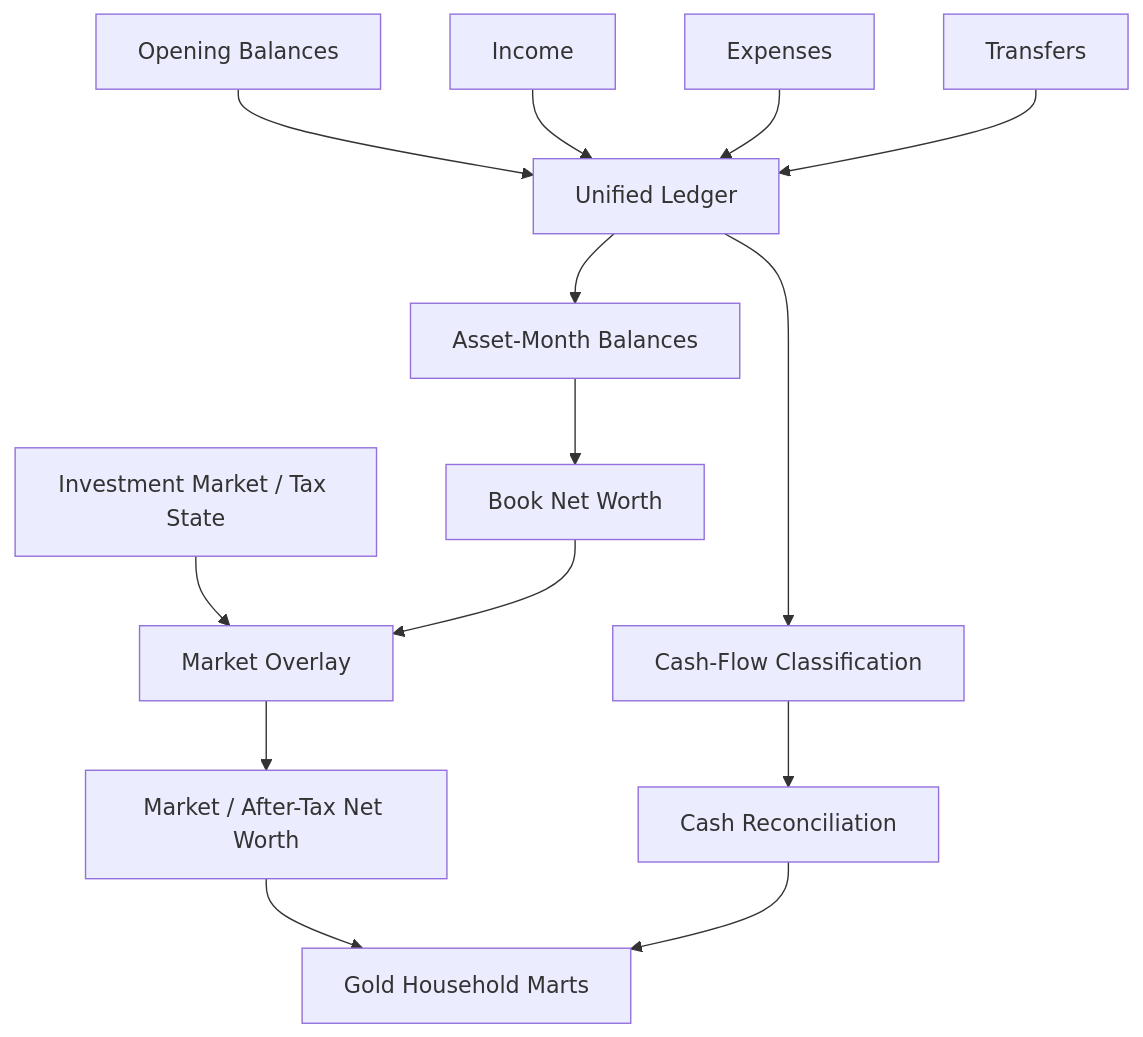
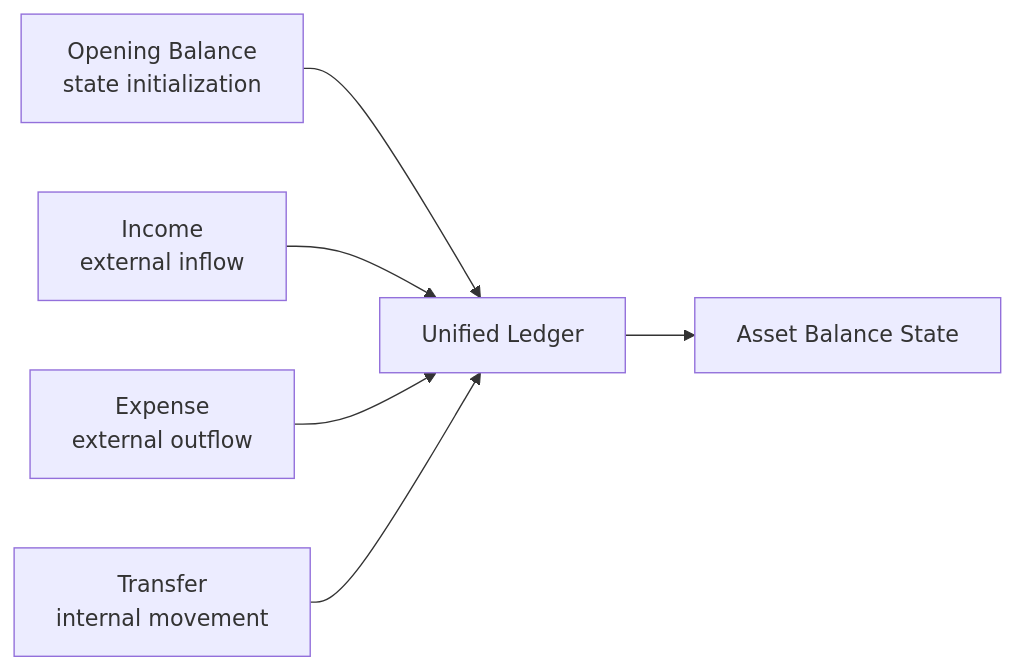
Before and after one commit to tks18/personal-finance-etl: the second of 4 diagrams in docs/architecture/data-model.md, drawn with Mermaid. The commit also changed other lines of this file and 5 other files, not shown here.

Commit message:
docs: refactor architecture docs to reflect recent changes

````diff
--- a/docs/architecture/data-model.md
+++ b/docs/architecture/data-model.md
@@ -389,20 +173,8 @@
 ```mermaid
-flowchart TB
-    OPEN["Opening Balances"] --> LEDGER["Unified Ledger"]
-    INC["Income"] --> LEDGER
-    EXP["Expenses"] --> LEDGER
-    TRANS["Transfers"] --> LEDGER
-
-    LEDGER --> BAL["Asset-Month Balances"]
-    BAL --> BOOK["Book Net Worth"]
-
-    INV["Investment Market / Tax State"] --> MKT["Market Overlay"]
-    BOOK --> MKT
-    MKT --> NW["Market / After-Tax Net Worth"]
-
-    LEDGER --> CF["Cash-Flow Classification"]
-    CF --> RECON["Cash Reconciliation"]
-
-    NW --> GOLD["Gold Household Marts"]
-    RECON --> GOLD
+flowchart LR
+    OPEN["Opening Balance<br/>state initialization"] --> LEDGER["Unified Ledger"]
+    INC["Income<br/>external inflow"] --> LEDGER
+    EXP["Expense<br/>external outflow"] --> LEDGER
+    TR["Transfer<br/>internal movement"] --> LEDGER
+    LEDGER --> BAL["Asset Balance State"]
 ```
````
